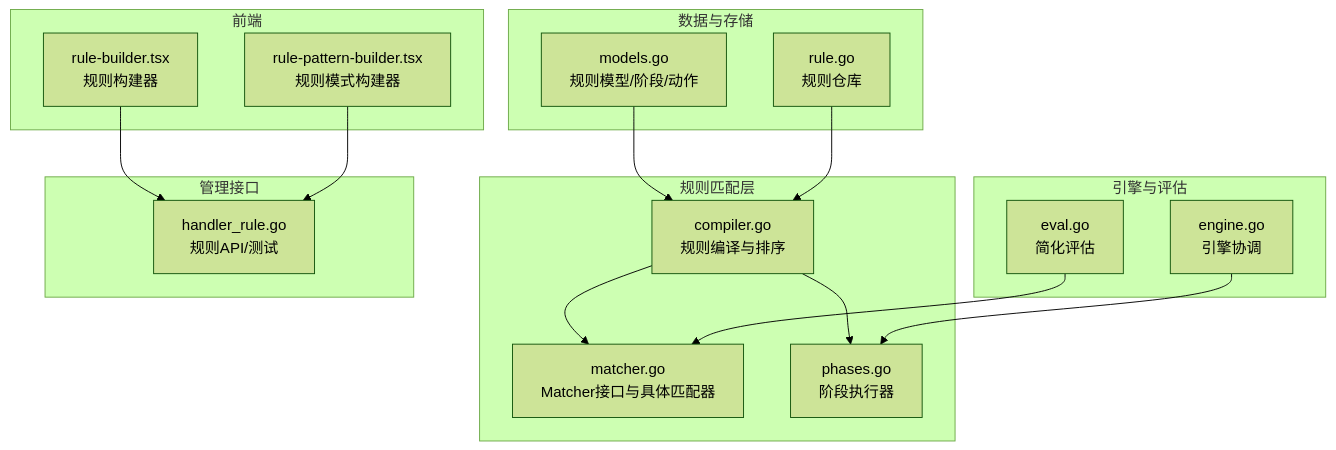
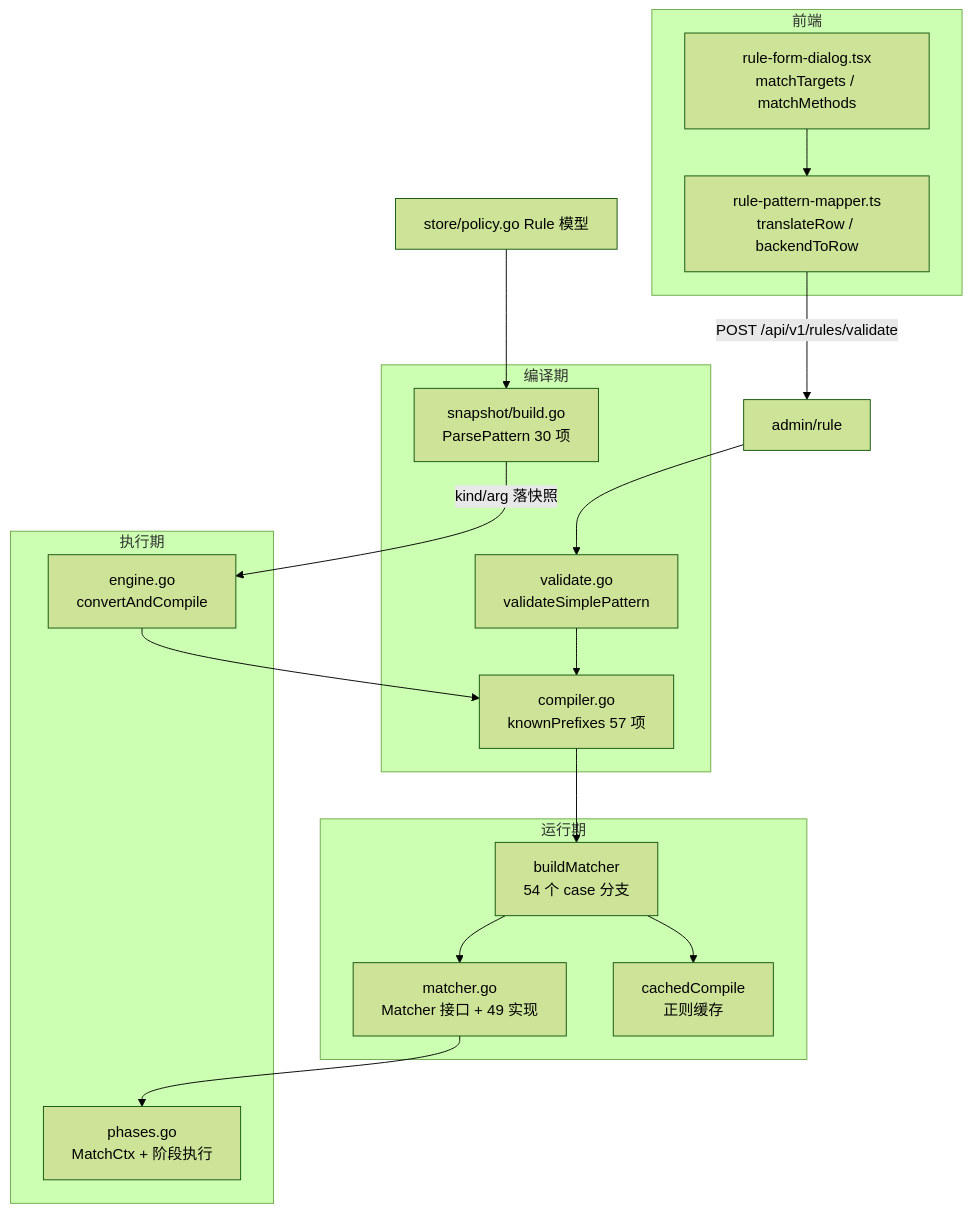
One commit to x01n/My-OpenWaf changed the first of 6 diagrams in docs/扩展与插件系统/规则引擎扩展/匹配器开发.md. Above: the diagram before and after it, drawn with Mermaid (forest theme). The commit also changed other lines of this file and 622 other files, not shown here.

````diff
--- a/docs/扩展与插件系统/规则引擎扩展/匹配器开发.md
+++ b/docs/扩展与插件系统/规则引擎扩展/匹配器开发.md
@@ -49,31 +64,32 @@
 ```mermaid
 graph TB
-subgraph "规则匹配层"
-M["matcher.go<br/>Matcher接口与具体匹配器"]
-C["compiler.go<br/>规则编译与排序"]
-P["phases.go<br/>阶段执行器"]
+subgraph "编译期"
+C1["compiler.go<br/>knownPrefixes 57 项"]
+C2["snapshot/build.go<br/>ParsePattern 30 项"]
+V["validate.go<br/>validateSimplePattern"]
 end
-subgraph "引擎与评估"
-E["engine.go<br/>引擎协调"]
-V["eval.go<br/>简化评估"]
+subgraph "运行期"
+M["matcher.go<br/>Matcher 接口 + 49 实现"]
+BM["buildMatcher<br/>54 个 case 分支"]
+CC["cachedCompile<br/>正则缓存"]
 end
-subgraph "数据与存储"
-S1["models.go<br/>规则模型/阶段/动作"]
-S2["rule.go<br/>规则仓库"]
+subgraph "执行期"
+P["phases.go<br/>MatchCtx + 阶段执行"]
+E["engine.go<br/>convertAndCompile"]
 end
 subgraph "前端"
-F1["rule-builder.tsx<br/>规则构建器"]
-F2["rule-pattern-builder.tsx<br/>规则模式构建器"]
+F1["rule-pattern-mapper.ts<br/>translateRow / backendToRow"]
+F2["rule-form-dialog.tsx<br/>matchTargets / matchMethods"]
 end
-subgraph "管理接口"
-H["handler_rule.go<br/>规则API/测试"]
-end
-S1 --> C
-S2 --> C
-C --> M
-C --> P
-E --> P
-V --> M
-F1 --> H
-F2 --> H
+R["store/policy.go Rule 模型"] --> C2
+C2 -->|"kind/arg 落快照"| E
+E --> C1
+C1 --> BM
+V --> C1
+BM --> M
+BM --> CC
+M --> P
+F2 --> F1
+F1 -->|"POST /api/v1/rules/validate"| API["admin/rule"]
+API --> V
 ```
````
